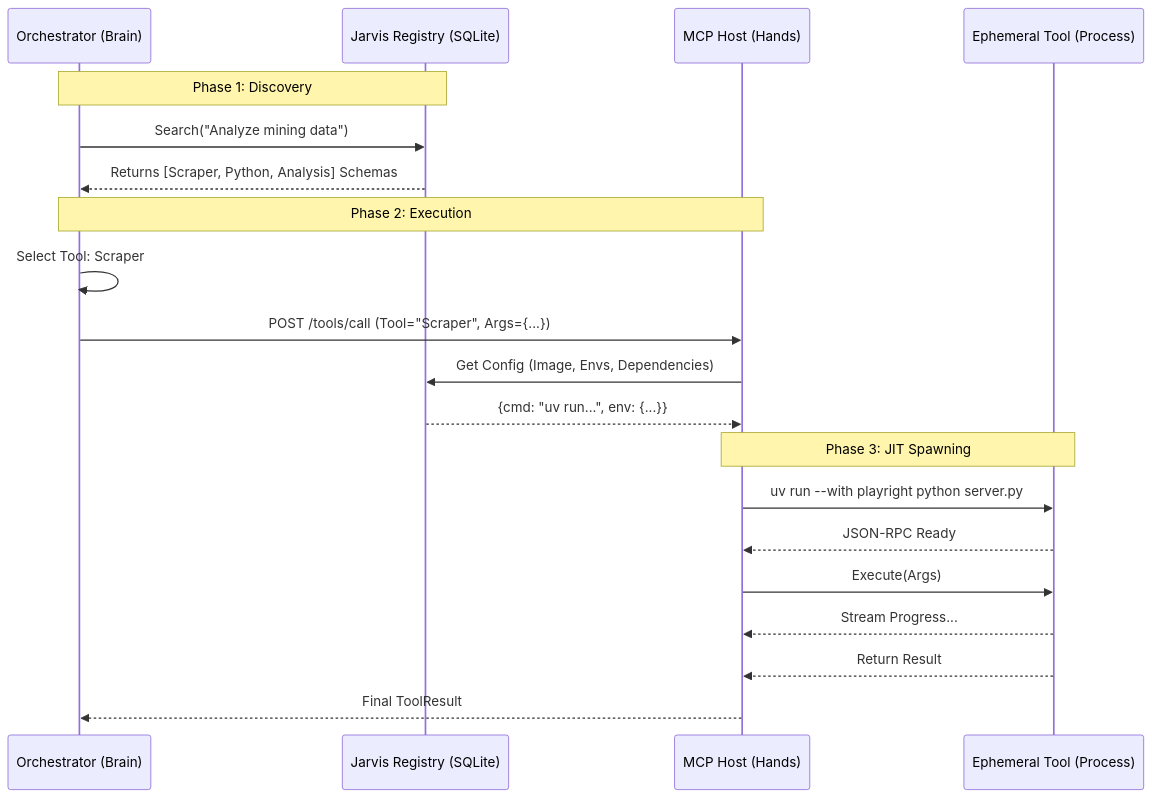
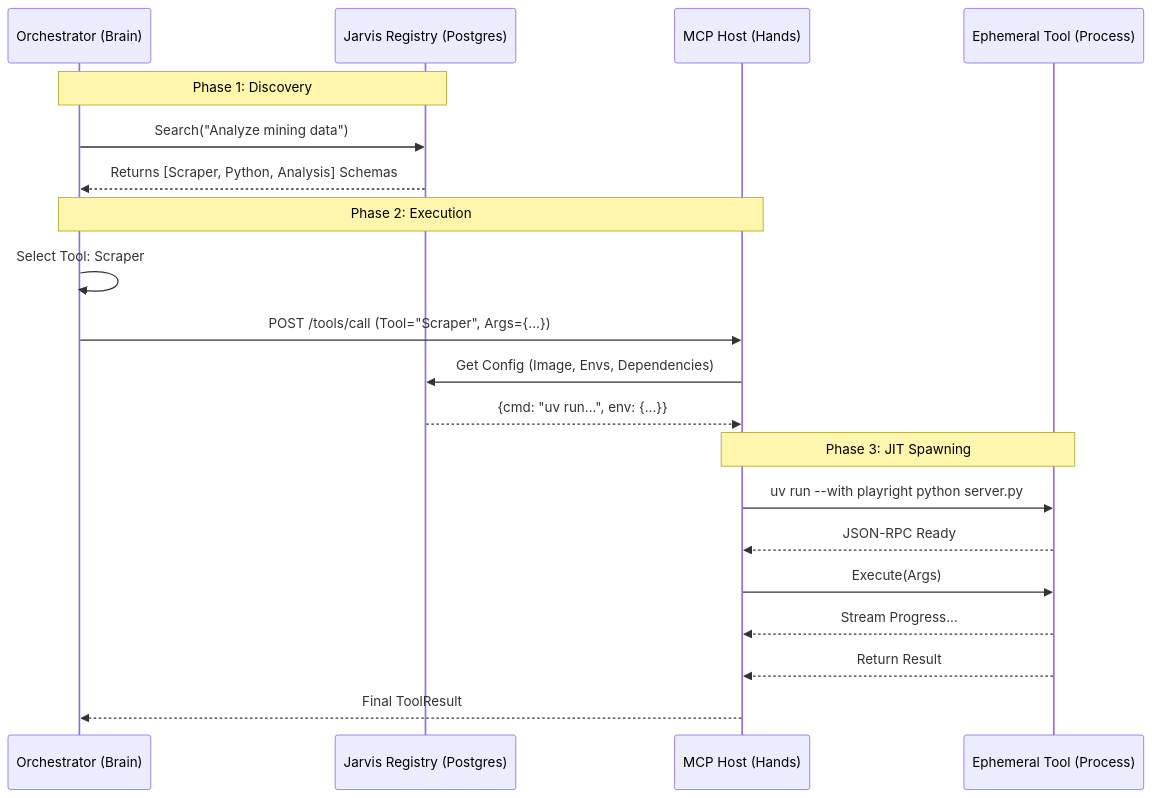
One commit to azzindani/Kea changed the first of 6 diagrams in README.md. Above: the diagram before and after it, drawn with Mermaid. The commit also changed other lines of this file and 14 other files, not shown here.

````diff
--- a/README.md
+++ b/README.md
@@ -32,28 +32,28 @@
 ```mermaid
 sequenceDiagram
     participant Planner as Orchestrator (Brain)
-    participant Registry as Jarvis Registry (SQLite)
+    participant Registry as Jarvis Registry (Postgres)
     participant Host as MCP Host (Hands)
     participant Tool as Ephemeral Tool (Process)
 
     Note over Planner, Registry: Phase 1: Discovery
     Planner->>Registry: Search("Analyze mining data")
     Registry-->>Planner: Returns [Scraper, Python, Analysis] Schemas
     
     Note over Planner, Host: Phase 2: Execution
     Planner->>Planner: Select Tool: Scraper
     Planner->>Host: POST /tools/call (Tool="Scraper", Args={...})
     
     Host->>Registry: Get Config (Image, Envs, Dependencies)
     Registry-->>Host: {cmd: "uv run...", env: {...}}
     
     Note over Host, Tool: Phase 3: JIT Spawning
     Host->>Tool: uv run --with playright python server.py
     Tool-->>Host: JSON-RPC Ready
     Host->>Tool: Execute(Args)
     
     Tool-->>Host: Stream Progress...
     Tool-->>Host: Return Result
     
     Host-->>Planner: Final ToolResult
 ```
````
